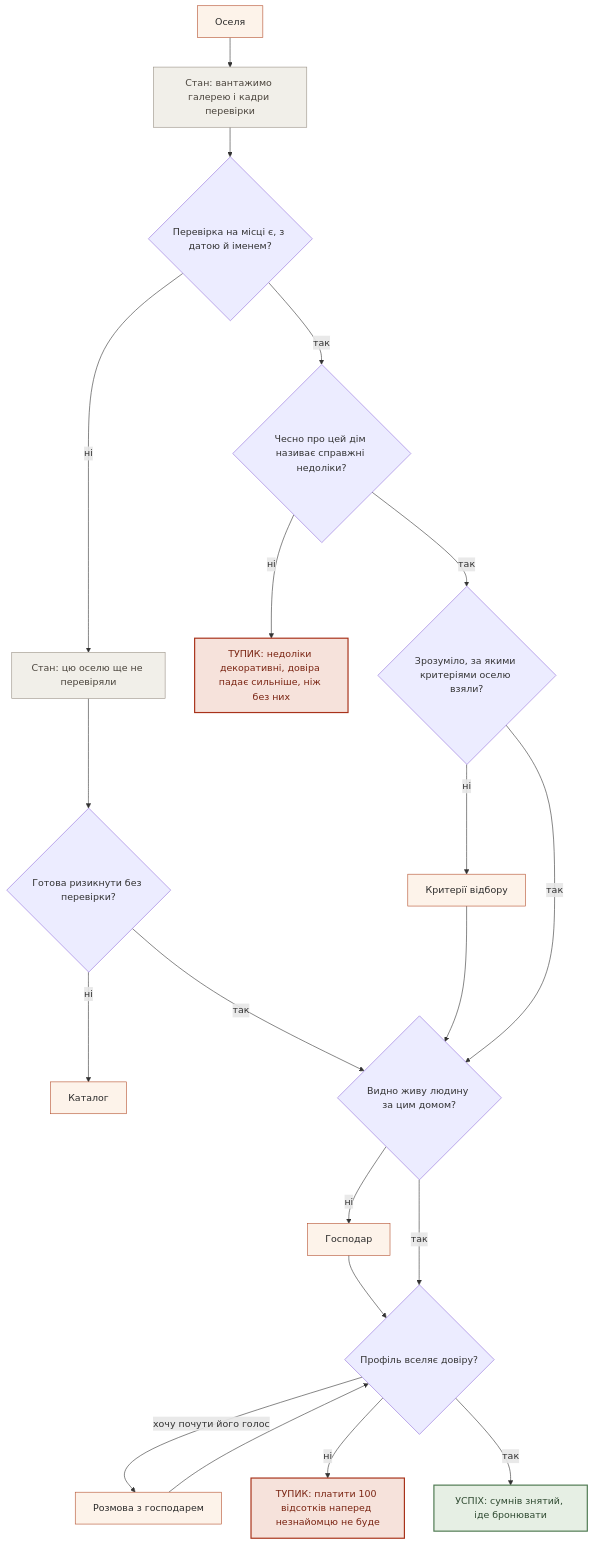
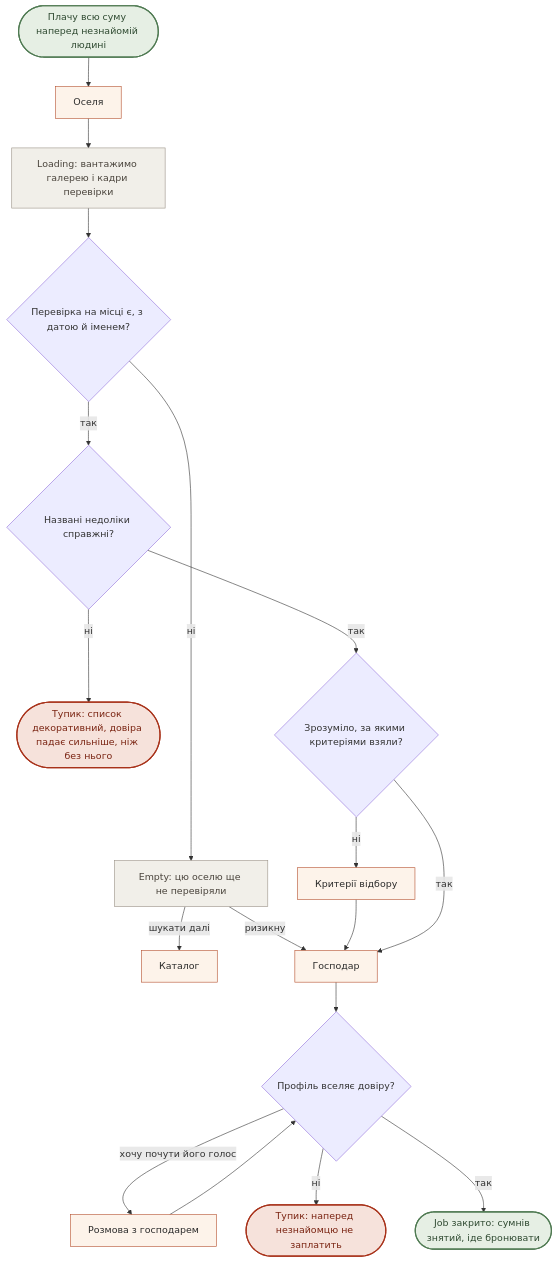
One commit to sofiya5395870-sys/khata-v-seli changed the second of 4 diagrams in flows.md. Above: the diagram before and after it, drawn with Mermaid. The commit also changed other lines of this file, not shown here.

First line of the commit message:
Redraw the flows in the agreed notation

````diff
--- a/flows.md
+++ b/flows.md
@@ -117,36 +102,33 @@
 ```mermaid
 flowchart TD
-    A1["Оселя"] --> L1["Стан: вантажимо галерею і кадри перевірки"]
-    L1 --> Q1{"Перевірка на місці є, з датою й іменем?"}
+    Start([Плачу всю суму наперед незнайомій людині]) --> House[Оселя]
+    House --> Load["Loading: вантажимо галерею і кадри перевірки"]
+    Load --> Checked{Перевірка на місці є, з датою й іменем?}
 
-    Q1 -->|ні| E1["Стан: цю оселю ще не перевіряли"]
-    E1 --> Q2{"Готова ризикнути без перевірки?"}
-    Q2 -->|ні| A2["Каталог"]
-    Q2 -->|так| Q5{"Видно живу людину за цим домом?"}
+    Checked -->|ні| Empty["Empty: цю оселю ще не перевіряли"]
+    Empty -->|шукати далі| Cat[Каталог]
+    Empty -->|ризикну| Owner[Господар]
 
-    Q1 -->|так| Q3{"Чесно про цей дім називає справжні недоліки?"}
-    Q3 -->|ні| D1["ТУПИК: недоліки декоративні, довіра падає сильніше, ніж без них"]
-    Q3 -->|так| Q4{"Зрозуміло, за якими критеріями оселю взяли?"}
+    Checked -->|так| Flaws{Названі недоліки справжні?}
+    Flaws -->|ні| DeadFake(["Тупик: список декоративний, довіра падає сильніше, ніж без нього"])
+    Flaws -->|так| Why{Зрозуміло, за якими критеріями взяли?}
 
-    Q4 -->|ні| A3["Критерії відбору"]
-    A3 --> Q5
-    Q4 -->|так| Q5
+    Why -->|ні| Crit[Критерії відбору]
+    Crit --> Owner
+    Why -->|так| Owner
 
-    Q5 -->|ні| A4["Господар"]
-    A4 --> Q6{"Профіль вселяє довіру?"}
-    Q5 -->|так| Q6
-
-    Q6 -->|хочу почути його голос| A5["Розмова з господарем"]
-    A5 --> Q6
-    Q6 -->|ні| D2["ТУПИК: платити 100 відсотків наперед незнайомцю не буде"]
-    Q6 -->|так| OK["УСПІХ: сумнів знятий, іде бронювати"]
+    Owner --> Trust{Профіль вселяє довіру?}
+    Trust -->|хочу почути його голос| Talk[Розмова з господарем]
+    Talk --> Trust
+    Trust -->|ні| DeadTrust(["Тупик: наперед незнайомцю не заплатить"])
+    Trust -->|так| Win(["Job закрито: сумнів знятий, іде бронювати"])
 
     classDef screen fill:#fdf3ea,stroke:#b5502e,color:#2b2b2b
     classDef state fill:#f1efe9,stroke:#9a9287,color:#4a443c
     classDef dead fill:#f6e2db,stroke:#a8321a,stroke-width:2px,color:#7a2412
     classDef win fill:#e6efe4,stroke:#4f7a52,stroke-width:2px,color:#2f4a31
-    class A1,A2,A3,A4,A5 screen
-    class L1,E1 state
-    class D1,D2 dead
-    class OK win
+    class House,Cat,Crit,Owner,Talk screen
+    class Load,Empty state
+    class DeadFake,DeadTrust dead
+    class Win,Start win
 ```
````
